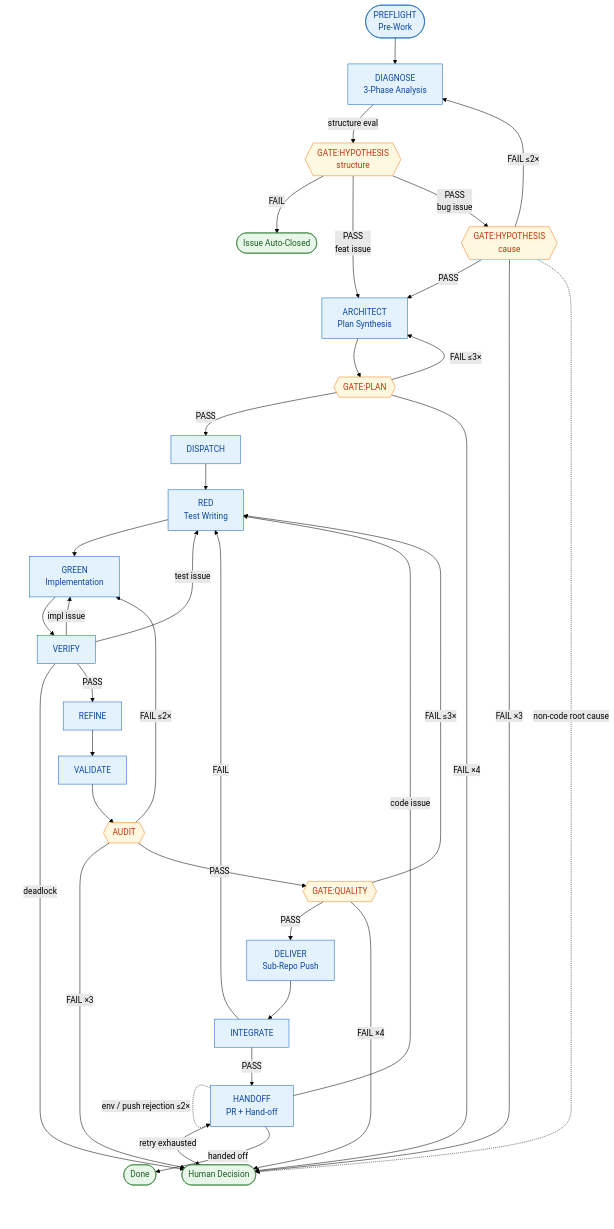
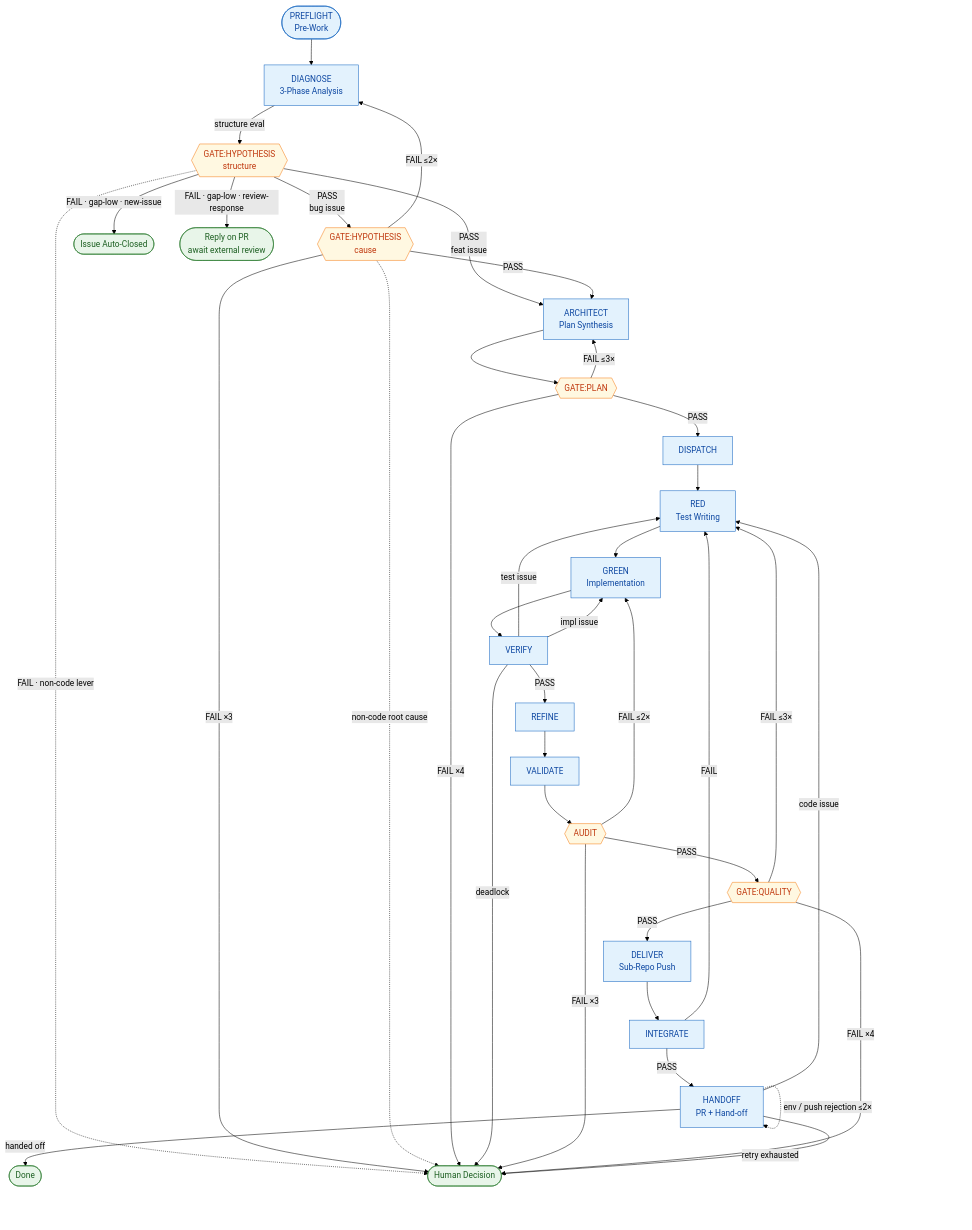
One commit to Munsik-Park/claude-autoflow changed the diagram in docs/autoflow-guide.md. Above: the diagram before and after it, drawn with Mermaid (forest theme). The commit also changed other lines of this file and 20 other files, not shown here.

````diff
--- a/docs/autoflow-guide.md
+++ b/docs/autoflow-guide.md
@@ -56,63 +57,66 @@
 ```mermaid
 flowchart TD
     PRE([PREFLIGHT<br/>Pre-Work]):::phase
     DIA[DIAGNOSE<br/>3-Phase Analysis]:::phase
     HYPS{{GATE:HYPOTHESIS<br/>structure}}:::gate
     HYPC{{GATE:HYPOTHESIS<br/>cause}}:::gate
     ARC[ARCHITECT<br/>Plan Synthesis]:::phase
     PLAN{{GATE:PLAN}}:::gate
     DIS[DISPATCH]:::phase
     RED[RED<br/>Test Writing]:::phase
     GREEN[GREEN<br/>Implementation]:::phase
     VER[VERIFY]:::phase
     REF[REFINE]:::phase
     VAL[VALIDATE]:::phase
     AUD{{AUDIT}}:::gate
     QUAL{{GATE:QUALITY}}:::gate
     DEL[DELIVER<br/>Sub-Repo Push]:::phase
     INT[INTEGRATE]:::phase
     HAND[HANDOFF<br/>PR + Hand-off]:::phase
     CLOSE([Issue Auto-Closed]):::terminal
+    REVW([Reply on PR<br/>await external review]):::terminal
     DONE([Done]):::terminal
     HUMAN([Human Decision]):::terminal
 
     PRE --> DIA
     DIA -->|structure eval| HYPS
-    HYPS -->|FAIL| CLOSE
+    HYPS -->|FAIL · gap-low · new-issue| CLOSE
+    HYPS -->|FAIL · gap-low · review-response| REVW
+    HYPS -.->|FAIL · non-code lever| HUMAN
     HYPS -->|PASS<br/>feat issue| ARC
     HYPS -->|PASS<br/>bug issue| HYPC
     HYPC -->|PASS| ARC
     HYPC -->|FAIL ≤2×| DIA
     HYPC -->|FAIL ×3| HUMAN
     HYPC -.->|non-code root cause| HUMAN
     ARC --> PLAN
     PLAN -->|PASS| DIS
     PLAN -->|FAIL ≤3×| ARC
     PLAN -->|FAIL ×4| HUMAN
     DIS --> RED
     RED --> GREEN
     GREEN --> VER
     VER -->|test issue| RED
     VER -->|impl issue| GREEN
     VER -->|deadlock| HUMAN
     VER -->|PASS| REF
     REF --> VAL
     VAL --> AUD
     AUD -->|FAIL ≤2×| GREEN
     AUD -->|FAIL ×3| HUMAN
     AUD -->|PASS| QUAL
     QUAL -->|PASS| DEL
     QUAL -->|FAIL ≤3×| RED
     QUAL -->|FAIL ×4| HUMAN
     DEL --> INT
     INT -->|FAIL| RED
     INT -->|PASS| HAND
     HAND -.->|env / push rejection ≤2×| HAND
     HAND -->|code issue| RED
     HAND -->|retry exhausted| HUMAN
     HAND -->|handed off| DONE
 
     classDef phase fill:#e3f2fd,stroke:#1565c0,color:#0d47a1
     classDef gate fill:#fff8e1,stroke:#f57f17,color:#bf360c
     classDef terminal fill:#e8f5e9,stroke:#2e7d32,color:#1b5e20
 ```
````
